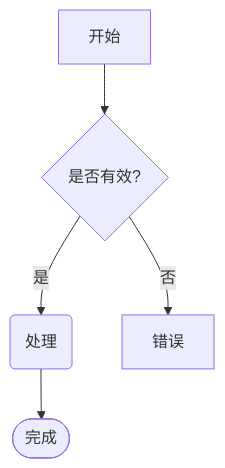
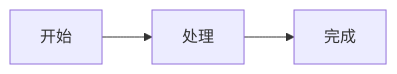
Before and after one commit to Binlogo/meraid: the first of 6 diagrams in README-zh.md, drawn with Mermaid. The commit also changed other lines of this file and 19 other files, not shown here.

`````diff
--- a/README-zh.md
+++ b/README-zh.md
@@ -103,7 +103,4 @@
 ````mermaid
-graph TD
-    A[开始] --> B{是否有效?}
-    B -->|是| C(处理)
-    C --> D([完成])
-    B -->|否| E[错误]
+graph LR
+    A[开始] --> B[处理] --> C[完成]
 ````
`````
